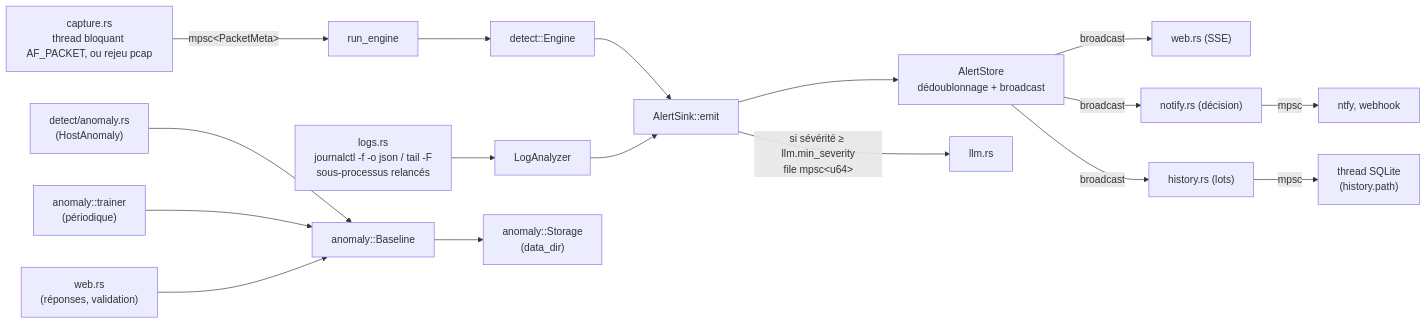
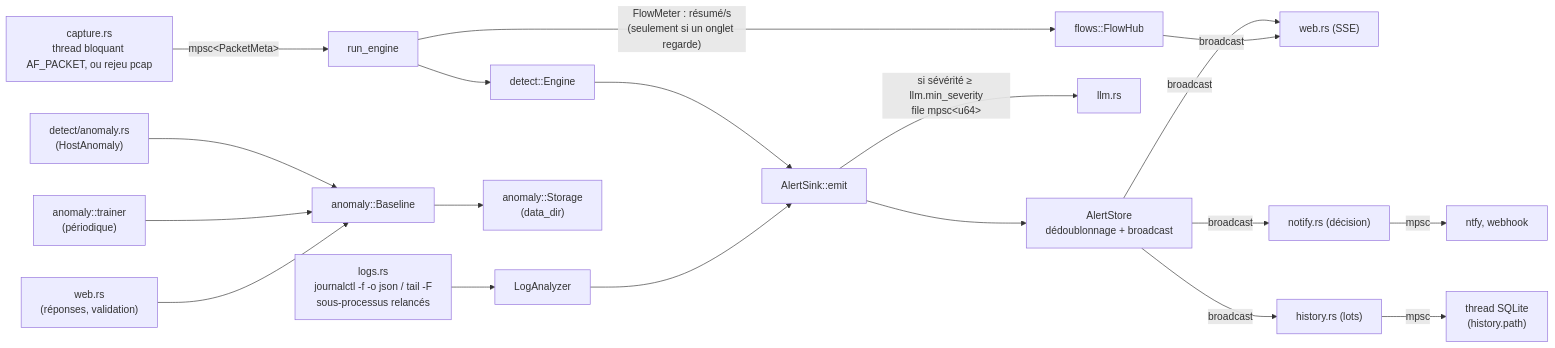
One commit to jprecigout/cyward changed the diagram in CLAUDE.md. Above: the diagram before and after it, drawn with Mermaid. The commit also changed other lines of this file and 6 other files, not shown here.

First line of the commit message:
feat(web): ajouter l'onglet Flux du trafic en temps réel

````diff
--- a/CLAUDE.md
+++ b/CLAUDE.md
@@ -130,17 +131,18 @@
 ```mermaid
 flowchart LR
     CAP["capture.rs<br/>thread bloquant AF_PACKET, ou rejeu pcap"] -- "mpsc#lt;PacketMeta#gt;" --> RE["run_engine"] --> ENG["detect::Engine"]
     LOGS["logs.rs<br/>journalctl -f -o json / tail -F<br/>sous-processus relancés"] --> LA["LogAnalyzer"]
     ENG --> SINK["AlertSink::emit"]
     LA --> SINK
     SINK --> STORE["AlertStore<br/>dédoublonnage + broadcast"]
     SINK -- "si sévérité ≥ llm.min_severity<br/>file mpsc#lt;u64#gt;" --> LLM["llm.rs"]
     STORE -- "broadcast" --> WEB["web.rs (SSE)"]
     STORE -- "broadcast" --> NOTIF["notify.rs (décision)"] -- "mpsc" --> CH["ntfy, webhook"]
     STORE -- "broadcast" --> HIST["history.rs (lots)"] -- "mpsc" --> SQL["thread SQLite<br/>(history.path)"]
+    RE -- "FlowMeter : résumé/s<br/>(seulement si un onglet regarde)" --> HUB["flows::FlowHub"] -- "broadcast" --> WEB
 
     HA["detect/anomaly.rs<br/>(HostAnomaly)"] --> BL["anomaly::Baseline"]
     TR["anomaly::trainer<br/>(périodique)"] --> BL
     WEBR["web.rs<br/>(réponses, validation)"] --> BL
     BL --> STOR["anomaly::Storage<br/>(data_dir)"]
 ```
````
